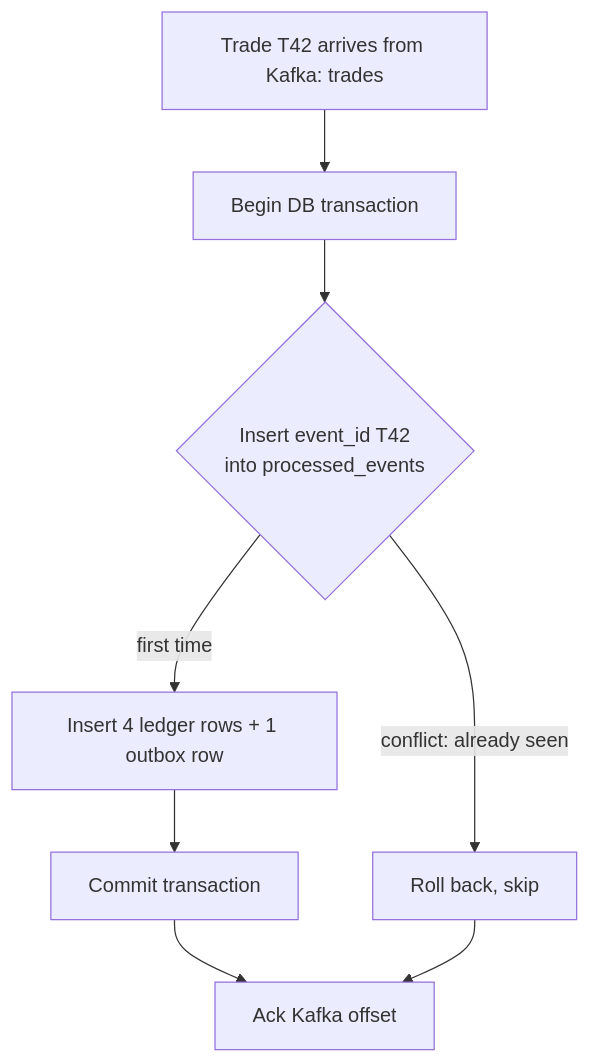
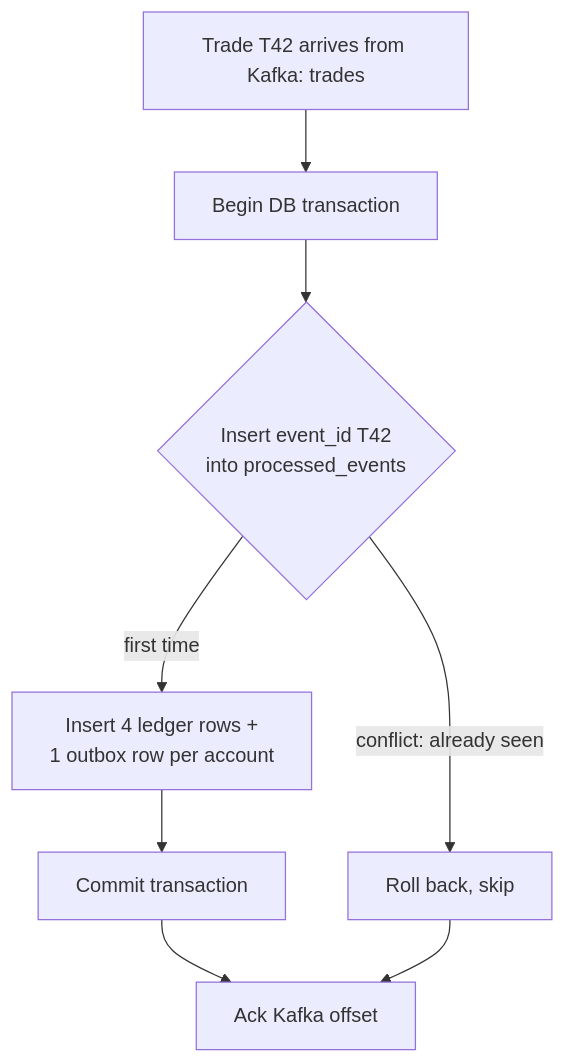
The second of 2 diagrams in docs/SPEC.md (harshithptl/clearline), drawn with Mermaid before and after one commit. The commit also changed other lines of this file and 5 other files, not shown here.

First line of the commit message:
Emit one ledger event per account touched by a trade

````diff
--- a/docs/SPEC.md
+++ b/docs/SPEC.md
@@ -150,10 +151,10 @@
 ```mermaid
 flowchart TD
     A[Trade T42 arrives from Kafka: trades] --> B[Begin DB transaction]
     B --> C{Insert event_id T42<br/>into processed_events}
     C -->|conflict: already seen| D[Roll back, skip]
-    C -->|first time| E[Insert 4 ledger rows + 1 outbox row]
+    C -->|first time| E[Insert 4 ledger rows +<br/>1 outbox row per account]
     E --> F[Commit transaction]
     F --> G[Ack Kafka offset]
     D --> G
 ```
````
